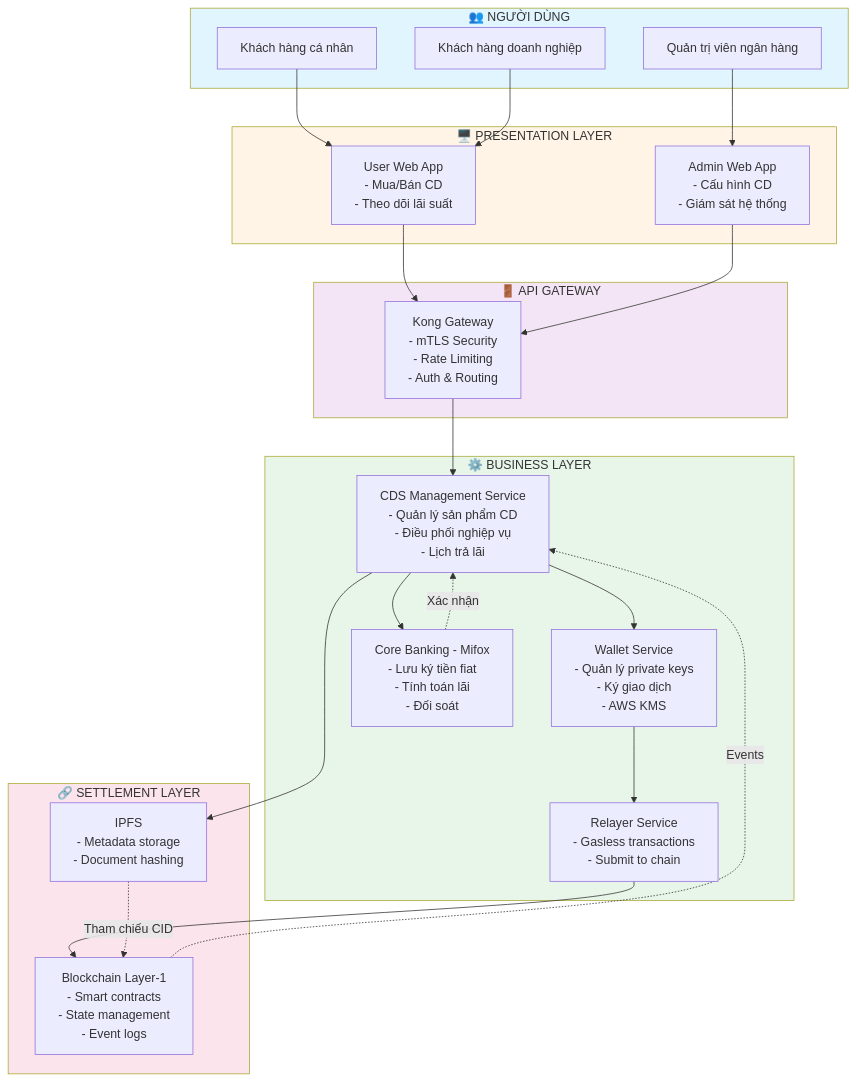
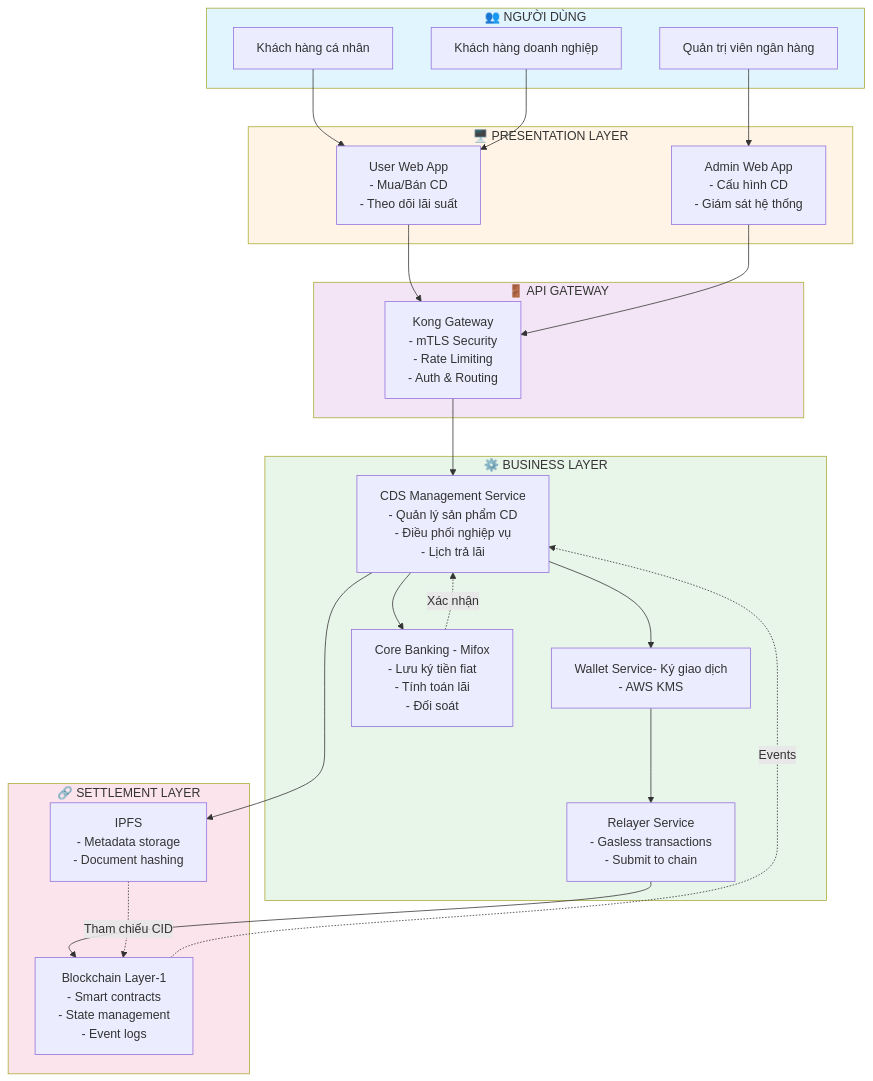
The first of 4 diagrams in Architecture and Technical Approach.md (metafi-blockchain/cds-documents), drawn with Mermaid before and after one commit. The commit also changed other lines of this file, not shown here.

````diff
--- a/Architecture and Technical Approach.md
+++ b/Architecture and Technical Approach.md
@@ -60,54 +60,54 @@
 ```mermaid
 flowchart TB
     subgraph Users["👥 NGƯỜI DÙNG"]
         U1[Khách hàng cá nhân]
         U2[Khách hàng doanh nghiệp]
         U3[Quản trị viên ngân hàng]
     end
 
     subgraph Presentation["🖥️ PRESENTATION LAYER"]
         WebApp[User Web App<br/>- Mua/Bán CD<br/>- Theo dõi lãi suất]
         AdminApp[Admin Web App<br/>- Cấu hình CD<br/>- Giám sát hệ thống]
     end
 
     subgraph Gateway["🚪 API GATEWAY"]
         Kong[Kong Gateway<br/>- mTLS Security<br/>- Rate Limiting<br/>- Auth & Routing]
     end
 
     subgraph Business["⚙️ BUSINESS LAYER"]
         CDS[CDS Management Service<br/>- Quản lý sản phẩm CD<br/>- Điều phối nghiệp vụ<br/>- Lịch trả lãi]
-        Wallet[Wallet Service<br/>- Quản lý private keys<br/>- Ký giao dịch<br/>- AWS KMS]
+        Wallet[Wallet Service- Ký giao dịch<br/>- AWS KMS]
         Relayer[Relayer Service<br/>- Gasless transactions<br/>- Submit to chain]
         Mifox[Core Banking - Mifox<br/>- Lưu ký tiền fiat<br/>- Tính toán lãi<br/>- Đối soát]
     end
 
     subgraph Settlement["🔗 SETTLEMENT LAYER"]
         IPFS[IPFS<br/>- Metadata storage<br/>- Document hashing]
         L1[Blockchain Layer-1<br/>- Smart contracts<br/>- State management<br/>- Event logs]
     end
 
     %% Luồng chính
     U1 & U2 --> WebApp
     U3 --> AdminApp
     WebApp & AdminApp --> Kong
     Kong --> CDS
 
     %% Business logic flow
     CDS --> Mifox
     CDS --> IPFS
     CDS --> Wallet
 
     Wallet --> Relayer
     Relayer --> L1
     IPFS -.Tham chiếu CID.-> L1
 
     %% Feedback loops
     L1 -.Events.-> CDS
     Mifox -.Xác nhận.-> CDS
 
     style Users fill:#e1f5ff
     style Presentation fill:#fff4e6
     style Gateway fill:#f3e5f5
     style Business fill:#e8f5e9
     style Settlement fill:#fce4ec
 ```
````
